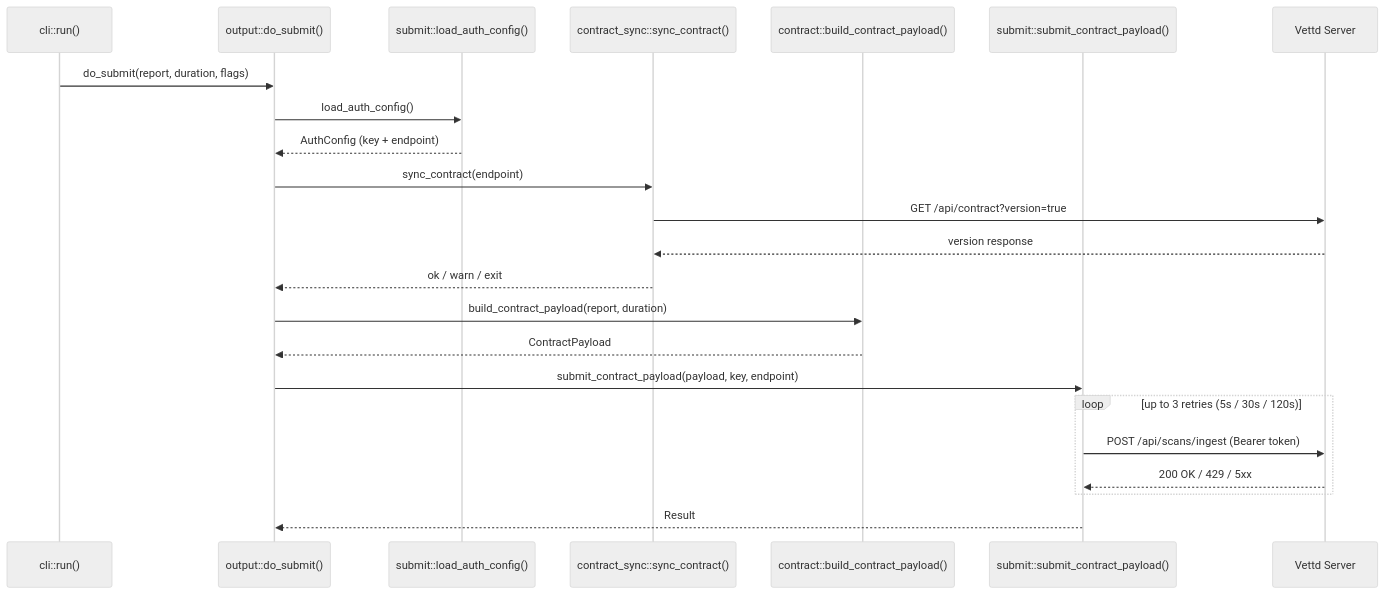
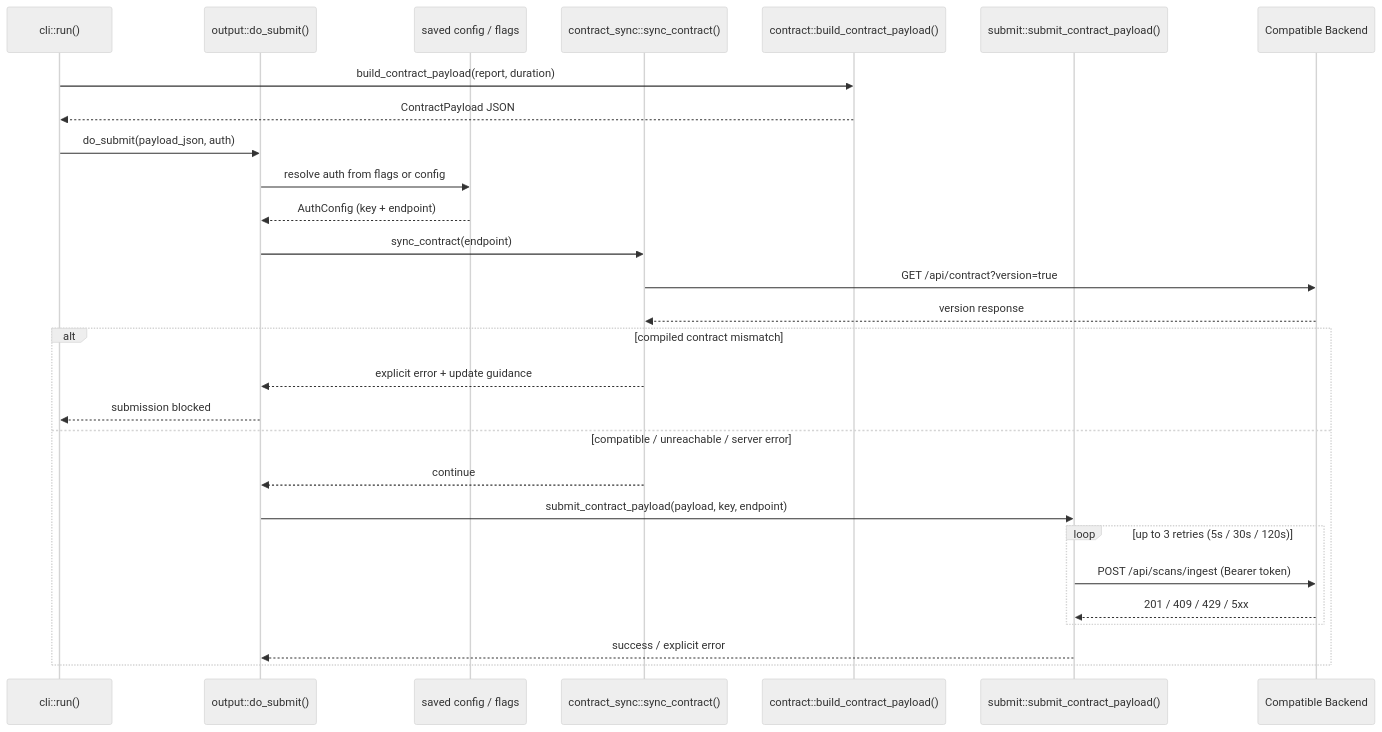
Before and after one commit to AgenticHighway/proov: the third of 7 diagrams in docs/c4-level4-code.md, drawn with Mermaid (neutral theme). The commit also changed other lines of this file and 6 other files, not shown here.

Commit message:
docs: enhance documentation with user flows and clarify architecture details

````diff
--- a/docs/c4-level4-code.md
+++ b/docs/c4-level4-code.md
@@ -62,26 +104,31 @@
 ```mermaid
 sequenceDiagram
     participant CLI as cli::run()
     participant Out as output::do_submit()
-    participant Auth as submit::load_auth_config()
+    participant Auth as saved config / flags
     participant Sync as contract_sync::sync_contract()
     participant Con as contract::build_contract_payload()
     participant HTTP as submit::submit_contract_payload()
-    participant Server as Vettd Server
+    participant Backend as Compatible Backend
 
-    CLI->>Out: do_submit(report, duration, flags)
-    Out->>Auth: load_auth_config()
+    CLI->>Con: build_contract_payload(report, duration)
+    Con-->>CLI: ContractPayload JSON
+    CLI->>Out: do_submit(payload_json, auth)
+    Out->>Auth: resolve auth from flags or config
     Auth-->>Out: AuthConfig (key + endpoint)
     Out->>Sync: sync_contract(endpoint)
-    Sync->>Server: GET /api/contract?version=true
-    Server-->>Sync: version response
-    Sync-->>Out: ok / warn / exit
-    Out->>Con: build_contract_payload(report, duration)
-    Con-->>Out: ContractPayload
-    Out->>HTTP: submit_contract_payload(payload, key, endpoint)
-    loop up to 3 retries (5s / 30s / 120s)
-        HTTP->>Server: POST /api/scans/ingest (Bearer token)
-        Server-->>HTTP: 200 OK / 429 / 5xx
+    Sync->>Backend: GET /api/contract?version=true
+    Backend-->>Sync: version response
+    alt compiled contract mismatch
+        Sync-->>Out: explicit error + update guidance
+        Out-->>CLI: submission blocked
+    else compatible / unreachable / server error
+        Sync-->>Out: continue
+        Out->>HTTP: submit_contract_payload(payload, key, endpoint)
+        loop up to 3 retries (5s / 30s / 120s)
+            HTTP->>Backend: POST /api/scans/ingest (Bearer token)
+            Backend-->>HTTP: 201 / 409 / 429 / 5xx
+        end
+        HTTP-->>Out: success / explicit error
     end
-    HTTP-->>Out: Result
 ```
````
